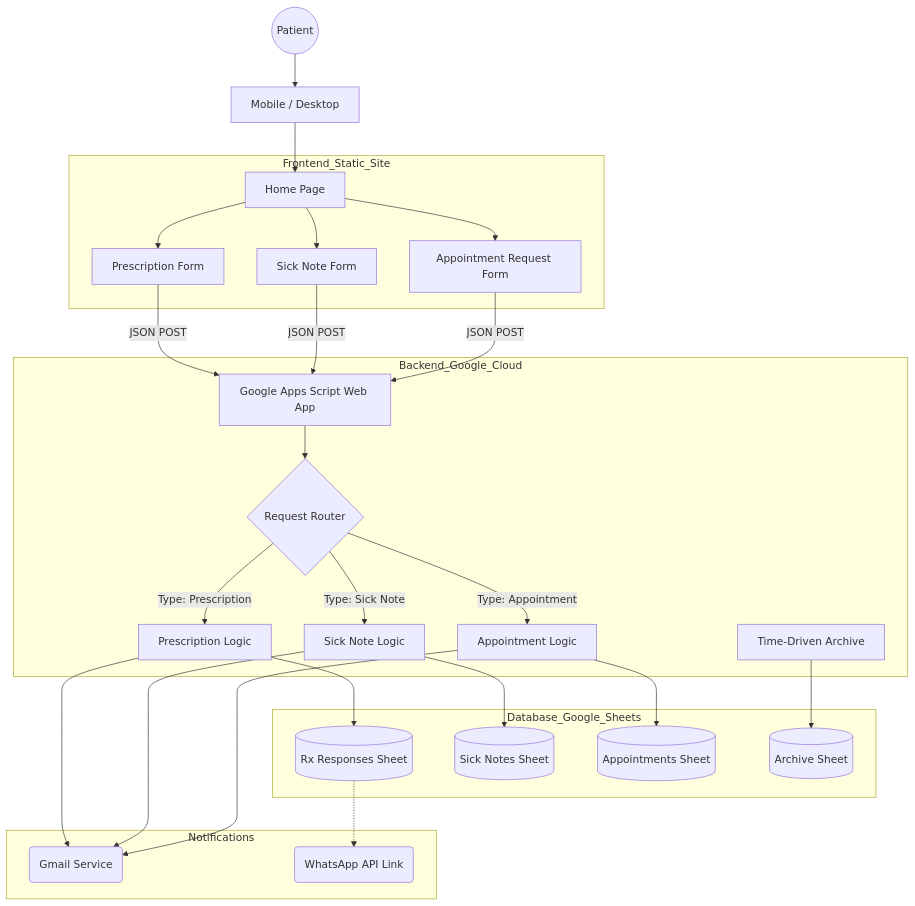
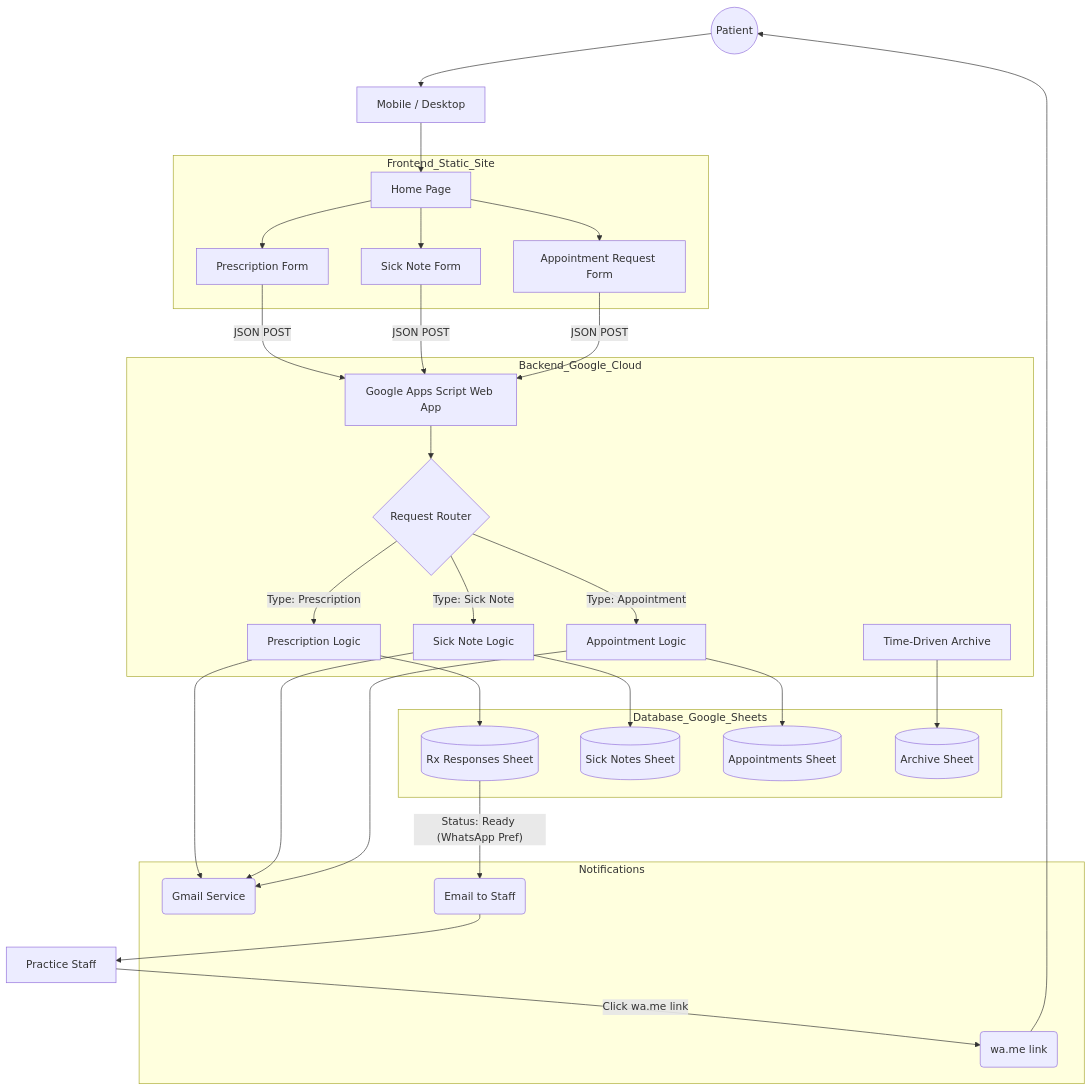
Before and after one commit to PaddyO84/GPSurgeryV1: the diagram in SALES_PROPOSAL.md, drawn with Mermaid. The commit also changed other lines of this file and 20 other files, not shown here.

````diff
--- a/SALES_PROPOSAL.md
+++ b/SALES_PROPOSAL.md
@@ -54,59 +55,64 @@
 ```mermaid
 graph TD
     User((Patient))
     Device[Mobile / Desktop]
+    Staff[Practice Staff]
 
     subgraph Frontend_Static_Site
         Home[Home Page]
         RxForm[Prescription Form]
         SickForm[Sick Note Form]
         ApptForm[Appointment Request Form]
     end
 
     subgraph Backend_Google_Cloud
         GAS[Google Apps Script Web App]
         Router{Request Router}
         RxLogic[Prescription Logic]
         SickLogic[Sick Note Logic]
         ApptLogic[Appointment Logic]
         Trigger[Time-Driven Archive]
     end
 
     subgraph Database_Google_Sheets
         Sheet1[(Rx Responses Sheet)]
         Sheet2[(Sick Notes Sheet)]
         Sheet3[(Appointments Sheet)]
         Archive[(Archive Sheet)]
     end
 
     subgraph Notifications
         Email(Gmail Service)
-        WA(WhatsApp API Link)
+        StaffEmail(Email to Staff)
+        WA(wa.me link)
     end
 
     User --> Device
     Device --> Home
     Home --> RxForm
     Home --> SickForm
     Home --> ApptForm
 
     RxForm -- JSON POST --> GAS
     SickForm -- JSON POST --> GAS
     ApptForm -- JSON POST --> GAS
 
     GAS --> Router
     Router -- "Type: Prescription" --> RxLogic
     Router -- "Type: Sick Note" --> SickLogic
     Router -- "Type: Appointment" --> ApptLogic
 
     RxLogic --> Sheet1
     SickLogic --> Sheet2
     ApptLogic --> Sheet3
 
     RxLogic --> Email
     SickLogic --> Email
     ApptLogic --> Email
 
-    Sheet1 -.-> WA
+    Sheet1 -- "Status: Ready (WhatsApp Pref)" --> StaffEmail
+    StaffEmail --> Staff
+    Staff -- "Click wa.me link" --> WA
+    WA --> User
     Trigger --> Archive
 ```
````
